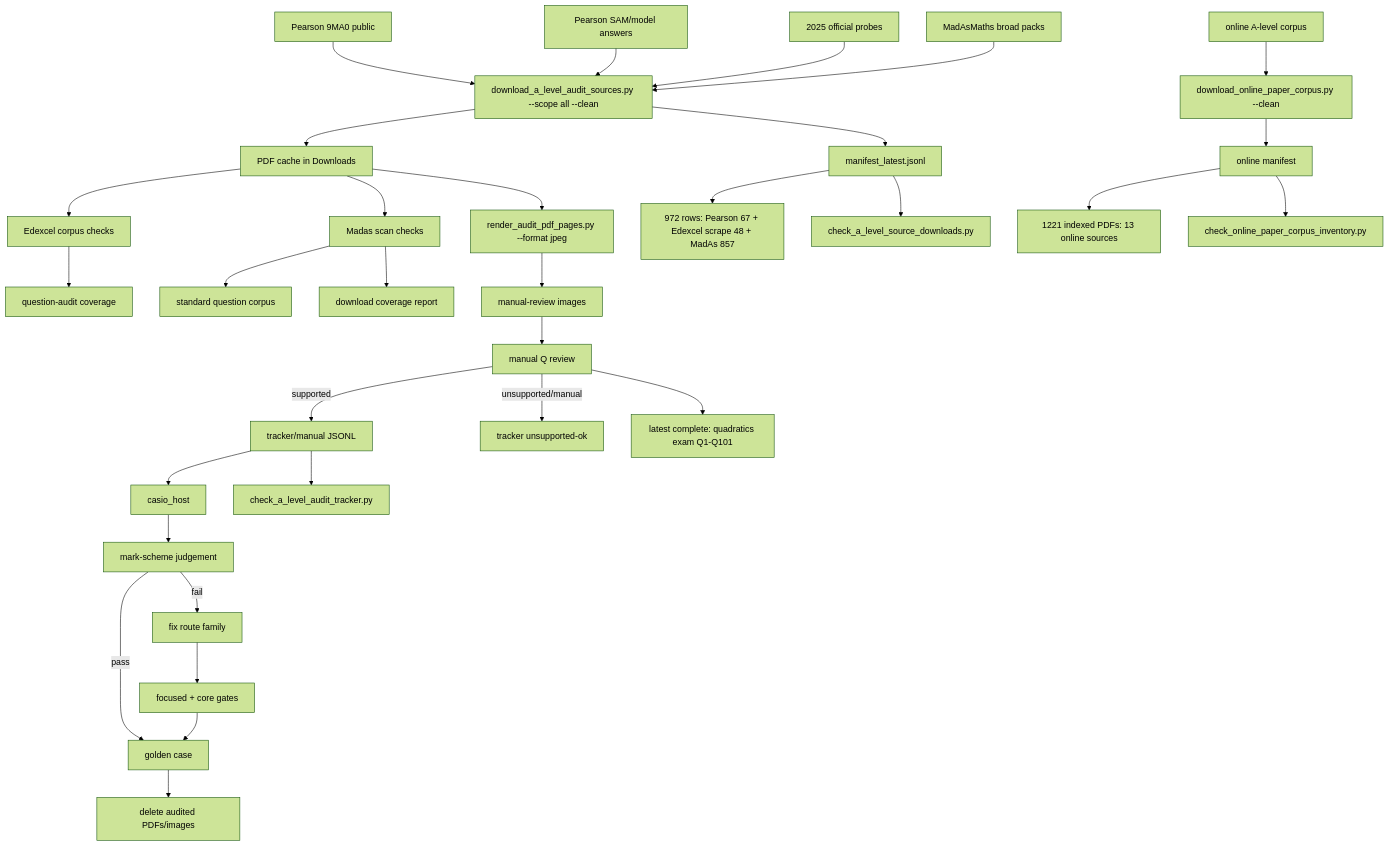
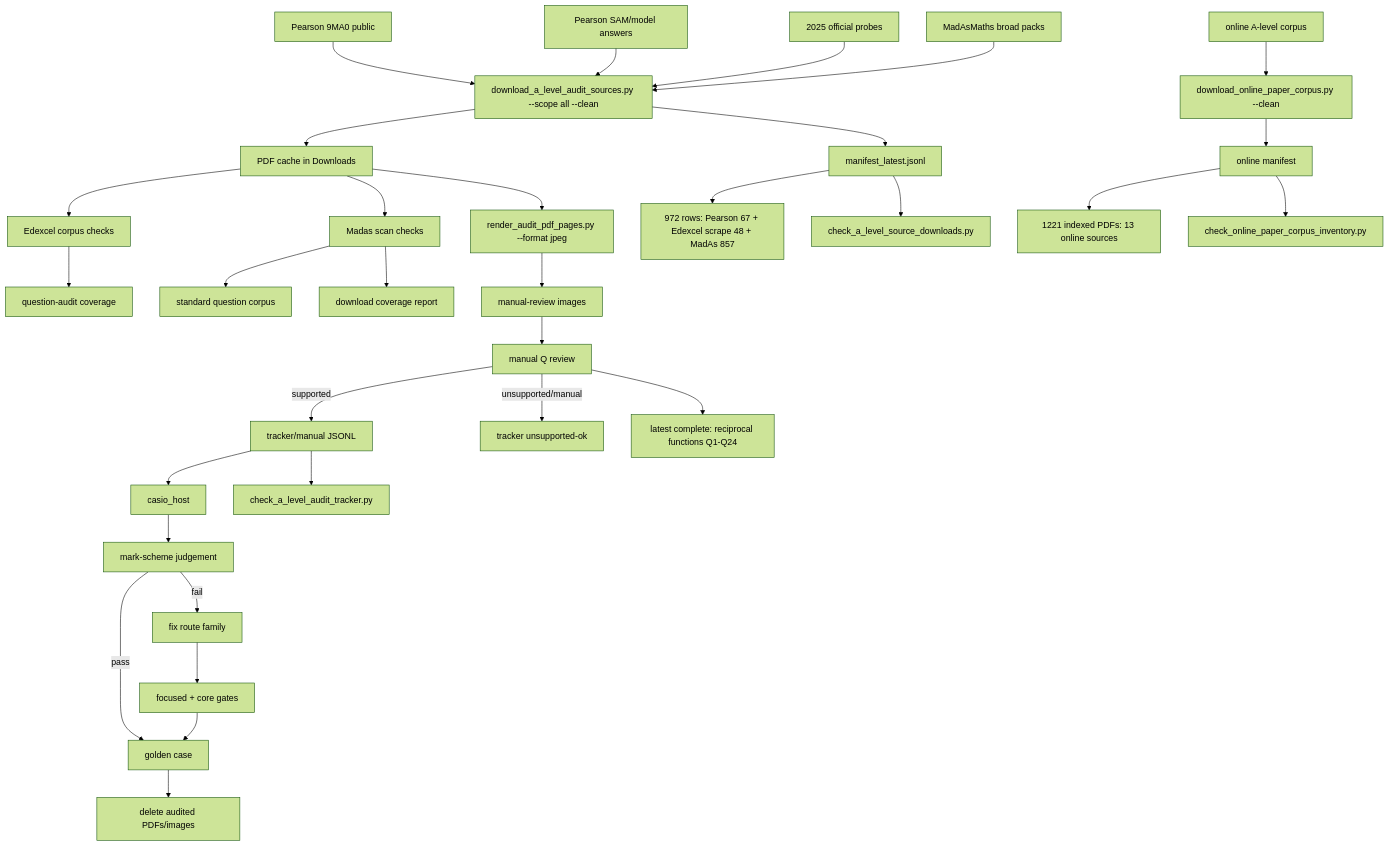
The diagram in c++/tools/golden/a_level_audit_graph.md (james8464/notes-addin-casio-fx-cg50), drawn with Mermaid (forest theme) before and after one commit. The commit also changed other lines of this file and 2 other files, not shown here.

Commit message:
Audit reciprocal functions booklet

````diff
--- a/c++/tools/golden/a_level_audit_graph.md
+++ b/c++/tools/golden/a_level_audit_graph.md
@@ -3,34 +3,34 @@
 ```mermaid
 graph TD
   E1["Pearson 9MA0 public"] --> D["download_a_level_audit_sources.py --scope all --clean"]
   E2["Pearson SAM/model answers"] --> D
   E3["2025 official probes"] --> D
   M1["MadAsMaths broad packs"] --> D
   O1["online A-level corpus"] --> OD["download_online_paper_corpus.py --clean"]
   D --> P["PDF cache in Downloads"]
   D --> X["manifest_latest.jsonl"]
   OD --> OX["online manifest"]
   X --> XC["972 rows: Pearson 67 + Edexcel scrape 48 + MadAs 857"]
   OX --> OC["1221 indexed PDFs: 13 online sources"]
   X --> V["check_a_level_source_downloads.py"]
   OX --> OV["check_online_paper_corpus_inventory.py"]
   P --> E["Edexcel corpus checks"]
   E --> EQ["question-audit coverage"]
   P --> S["Madas scan checks"]
   S --> M["standard question corpus"]
   S --> MC["download coverage report"]
   P --> R["render_audit_pdf_pages.py --format jpeg"]
   R --> I["manual-review images"]
   I --> Q["manual Q review"]
   Q -->|supported| J["tracker/manual JSONL"]
   Q -->|unsupported/manual| U["tracker unsupported-ok"]
   J --> H["casio_host"]
   J --> K["check_a_level_audit_tracker.py"]
   H --> C["mark-scheme judgement"]
   C -->|pass| G["golden case"]
   C -->|fail| F["fix route family"]
   F --> T["focused + core gates"]
   T --> G
   G --> Z["delete audited PDFs/images"]
-  Q --> QQuadExam["latest complete: quadratics exam Q1-Q101"]
+  Q --> QRecip["latest complete: reciprocal functions Q1-Q24"]
 ```
````
